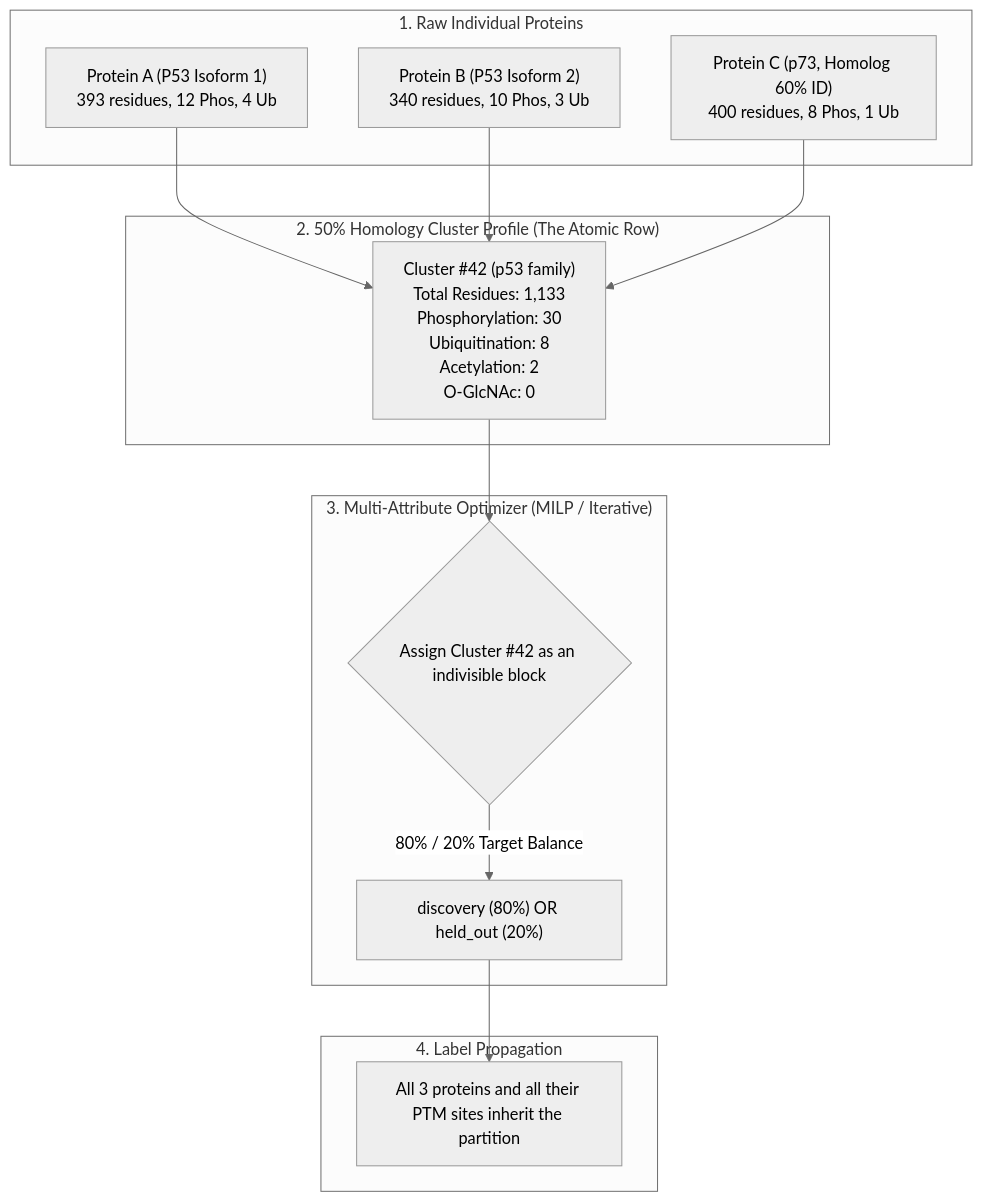
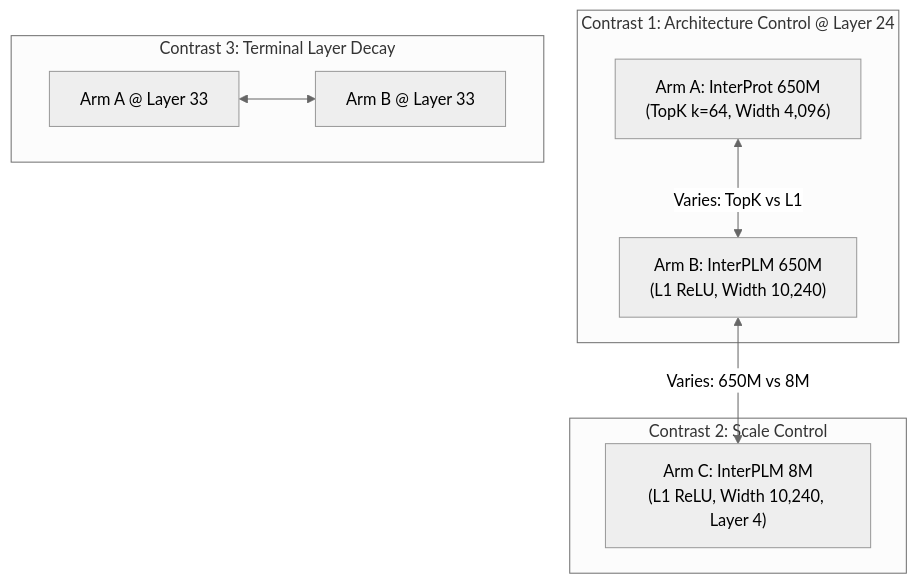
The first of 2 diagrams in scratch.md (Mumu-kun/PTM-SAE), drawn with Mermaid (neutral theme) before and after one commit. The commit also changed other lines of this file and 27 other files, not shown here.

````diff
--- a/scratch.md
+++ b/scratch.md
@@ -11,23 +153,14 @@
 ```mermaid
 flowchart TD
-    subgraph RawProteins["1. Raw Individual Proteins"]
-        P1["Protein A (P53 Isoform 1)\n393 residues, 12 Phos, 4 Ub"]
-        P2["Protein B (P53 Isoform 2)\n340 residues, 10 Phos, 3 Ub"]
-        P3["Protein C (p73, Homolog 60% ID)\n400 residues, 8 Phos, 1 Ub"]
+    subgraph Contrast1["Contrast 1: Architecture Control @ Layer 24"]
+        A["Arm A: InterProt 650M\n(TopK k=64, Width 4,096)"] <-->|Varies: TopK vs L1| B["Arm B: InterPLM 650M\n(L1 ReLU, Width 10,240)"]
     end
 
-    subgraph ClusterAgg["2. 50% Homology Cluster Profile (The Atomic Row)"]
-        P1 --> CLUST["Cluster #42 (p53 family)\nTotal Residues: 1,133\nPhosphorylation: 30\nUbiquitination: 8\nAcetylation: 2\nO-GlcNAc: 0"]
-        P2 --> CLUST
-        P3 --> CLUST
+    subgraph Contrast2["Contrast 2: Scale Control"]
+        B <-->|Varies: 650M vs 8M| C["Arm C: InterPLM 8M\n(L1 ReLU, Width 10,240, Layer 4)"]
     end
 
-    subgraph Solver["3. Multi-Attribute Optimizer (MILP / Iterative)"]
-        CLUST --> ASSIGN{"Assign Cluster #42 as an indivisible block"}
-        ASSIGN -->|80% / 20% Target Balance| SPLIT["discovery (80%) OR held_out (20%)"]
-    end
-
-    subgraph Propagation["4. Label Propagation"]
-        SPLIT --> RES["All 3 proteins and all their PTM sites inherit the partition"]
+    subgraph Contrast3["Contrast 3: Terminal Layer Decay"]
+        A33["Arm A @ Layer 33"] <--> B33["Arm B @ Layer 33"]
     end
 ```
````
